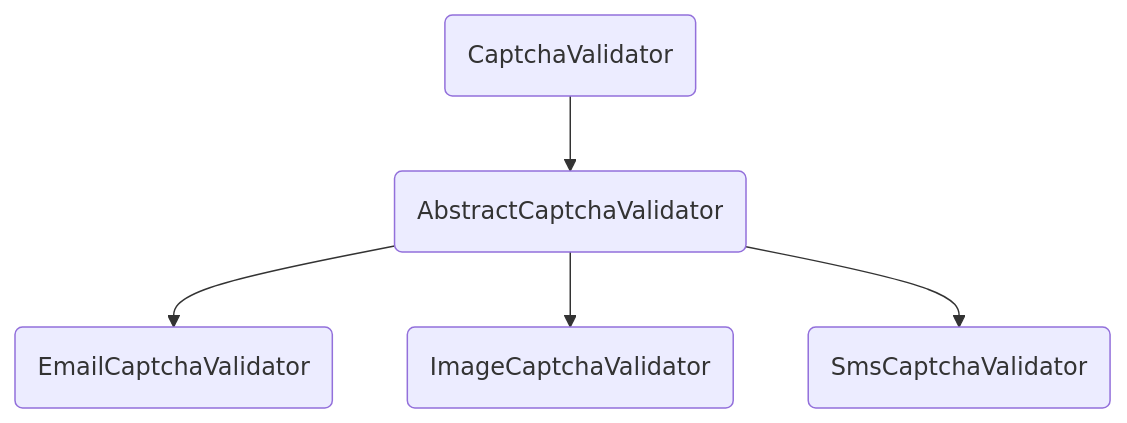
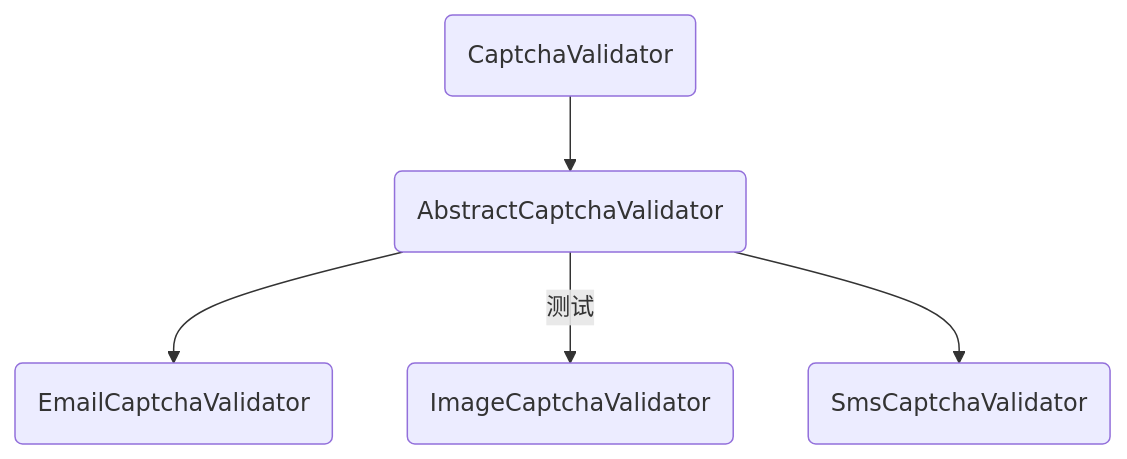
The second of 3 diagrams in README.md (vains-Sofia/oauth2-security-spring-boot-starter), drawn with Mermaid before and after one commit.

Commit message:
优化流程图

````diff
--- a/README.md
+++ b/README.md
@@ -298,8 +298,7 @@
 ```mermaid
 graph TB
 	base(CaptchaValidator) --> abstract(AbstractCaptchaValidator)
 	abstract --> email(EmailCaptchaValidator)
-	
-	abstract --> image(ImageCaptchaValidator)
+	abstract -->|测试| image(ImageCaptchaValidator)
 	abstract --> sms(SmsCaptchaValidator)
 ```
````
